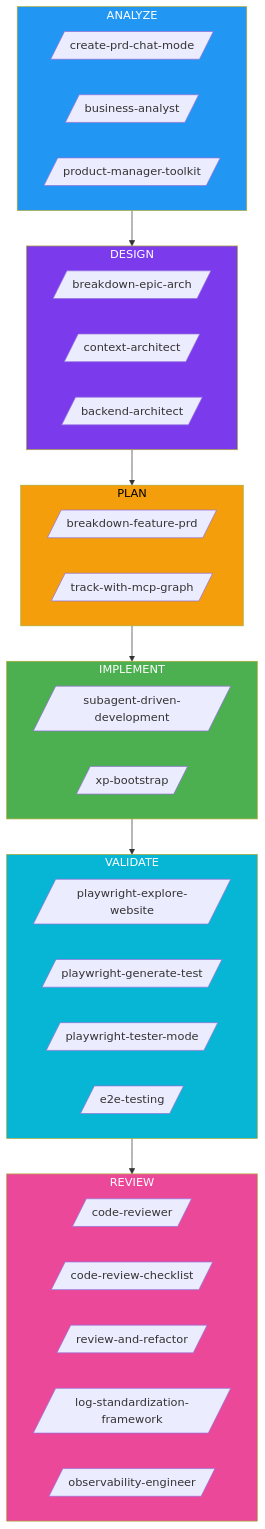
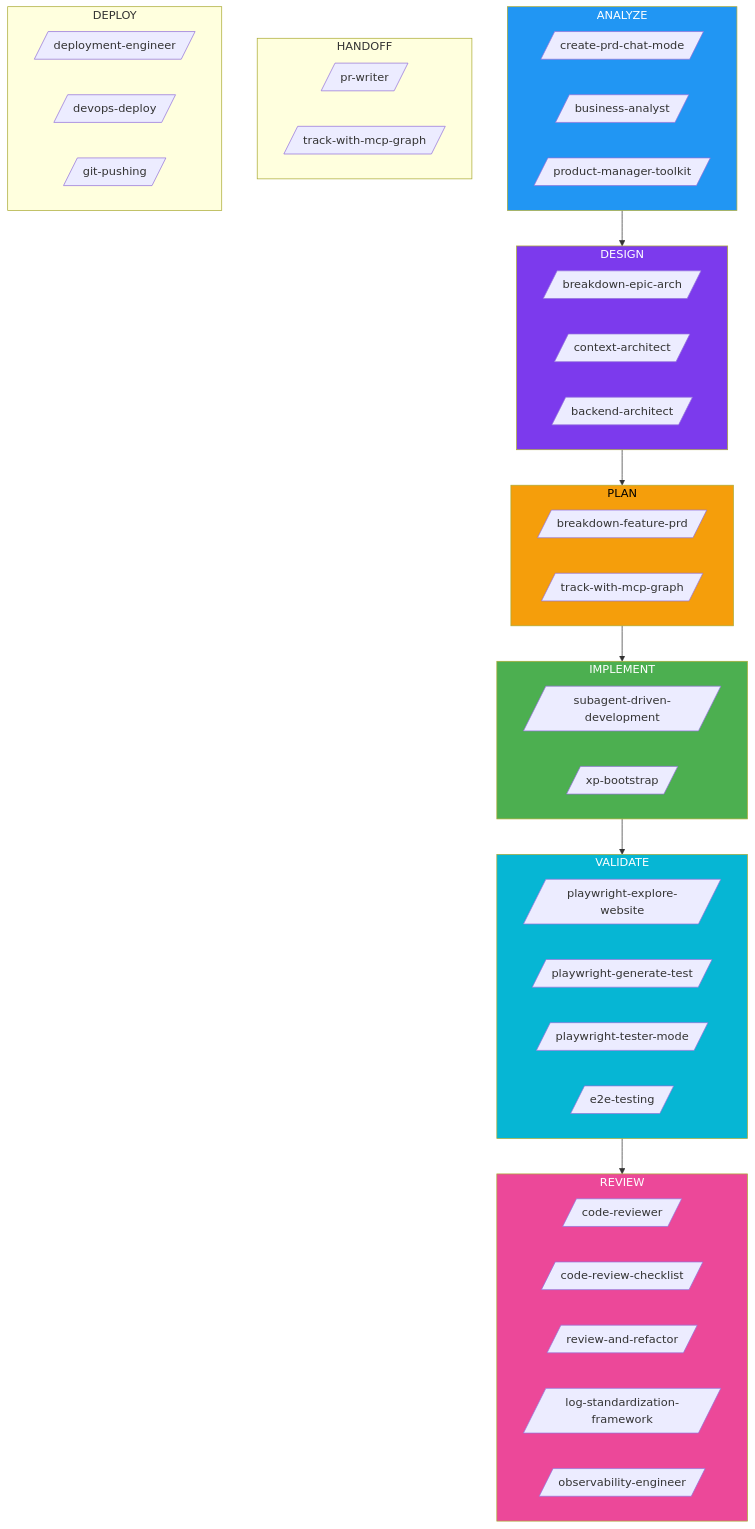
Before and after one commit to sraphaz/mcp-graph-workflow: diagram 14 of 20 in docs/reference/LIFECYCLE.md, drawn with Mermaid. The commit also changed other lines of this file and 39 other files, not shown here.

First line of the commit message:
feat(v6.0): CFD flow tracking, DORA metrics, forecast tool — Sprint 2

````diff
--- a/docs/reference/LIFECYCLE.md
+++ b/docs/reference/LIFECYCLE.md
@@ -467,48 +528,59 @@
 ```mermaid
 graph TB
     subgraph "ANALYZE"
         S1[/create-prd-chat-mode/]
         S2[/business-analyst/]
         S3[/product-manager-toolkit/]
     end
 
     subgraph "DESIGN"
         S4[/breakdown-epic-arch/]
         S5[/context-architect/]
         S6[/backend-architect/]
     end
 
     subgraph "PLAN"
         S7[/breakdown-feature-prd/]
         S8[/track-with-mcp-graph/]
     end
 
     subgraph "IMPLEMENT"
         S9[/subagent-driven-development/]
         S10[/xp-bootstrap/]
     end
 
     subgraph "VALIDATE"
         S11[/playwright-explore-website/]
         S12[/playwright-generate-test/]
         S13[/playwright-tester-mode/]
         S14[/e2e-testing/]
     end
 
     subgraph "REVIEW"
         S15[/code-reviewer/]
         S16[/code-review-checklist/]
         S17[/review-and-refactor/]
         S18[/log-standardization-framework/]
         S19[/observability-engineer/]
     end
 
+    subgraph "HANDOFF"
+        S20[/pr-writer/]
+        S21[/track-with-mcp-graph/]
+    end
+
+    subgraph "DEPLOY"
+        S22[/deployment-engineer/]
+        S23[/devops-deploy/]
+        S24[/git-pushing/]
+    end
+
     ANALYZE --> DESIGN --> PLAN --> IMPLEMENT --> VALIDATE --> REVIEW
 
     style ANALYZE fill:#2196f3,color:#fff
     style DESIGN fill:#7c3aed,color:#fff
     style PLAN fill:#f59e0b,color:#000
     style IMPLEMENT fill:#4caf50,color:#fff
     style VALIDATE fill:#06b6d4,color:#fff
     style REVIEW fill:#ec4899,color:#fff
 ```
````
